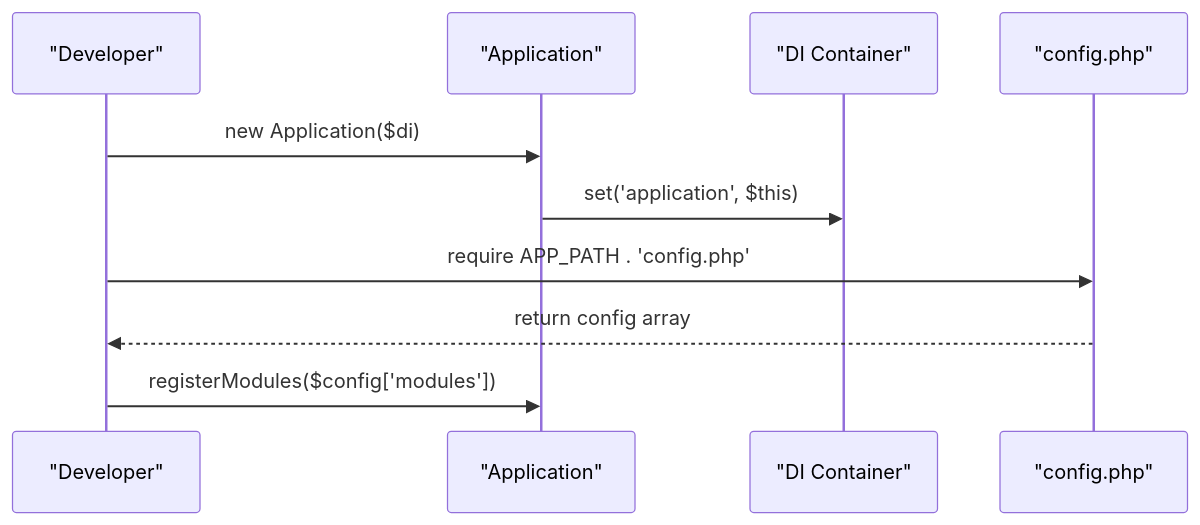
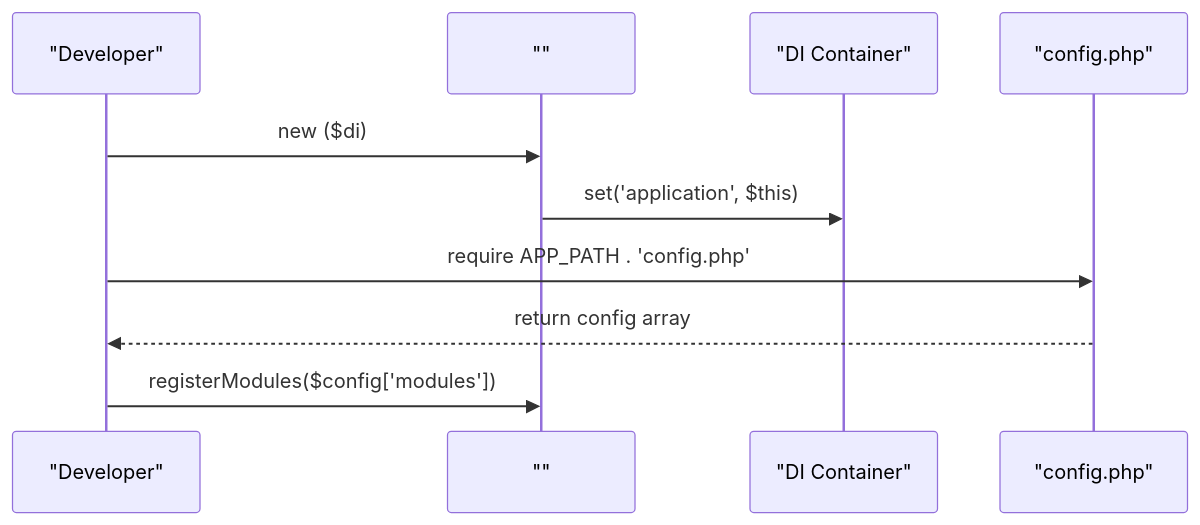
Before and after one commit to andrfilipenk/new: the second of 6 diagrams in .qoder/repowiki/en/content/Examples/Application Initialization Example.md, drawn with Mermaid. The commit also changed other lines of this file and 44 other files, not shown here.

````diff
--- a/.qoder/repowiki/en/content/Examples/Application Initialization Example.md
+++ b/.qoder/repowiki/en/content/Examples/Application Initialization Example.md
@@ -69,12 +69,12 @@
 ```mermaid
 sequenceDiagram
 participant User as "Developer"
-participant App as "Application"
+participant App as ""
 participant DI as "DI Container"
 participant Config as "config.php"
-User->>App : new Application($di)
+User->>App : new ($di)
 App->>DI : set('application', $this)
 User->>Config : require APP_PATH . 'config.php'
 Config-->>User : return config array
 User->>App : registerModules($config['modules'])
 ```
````
